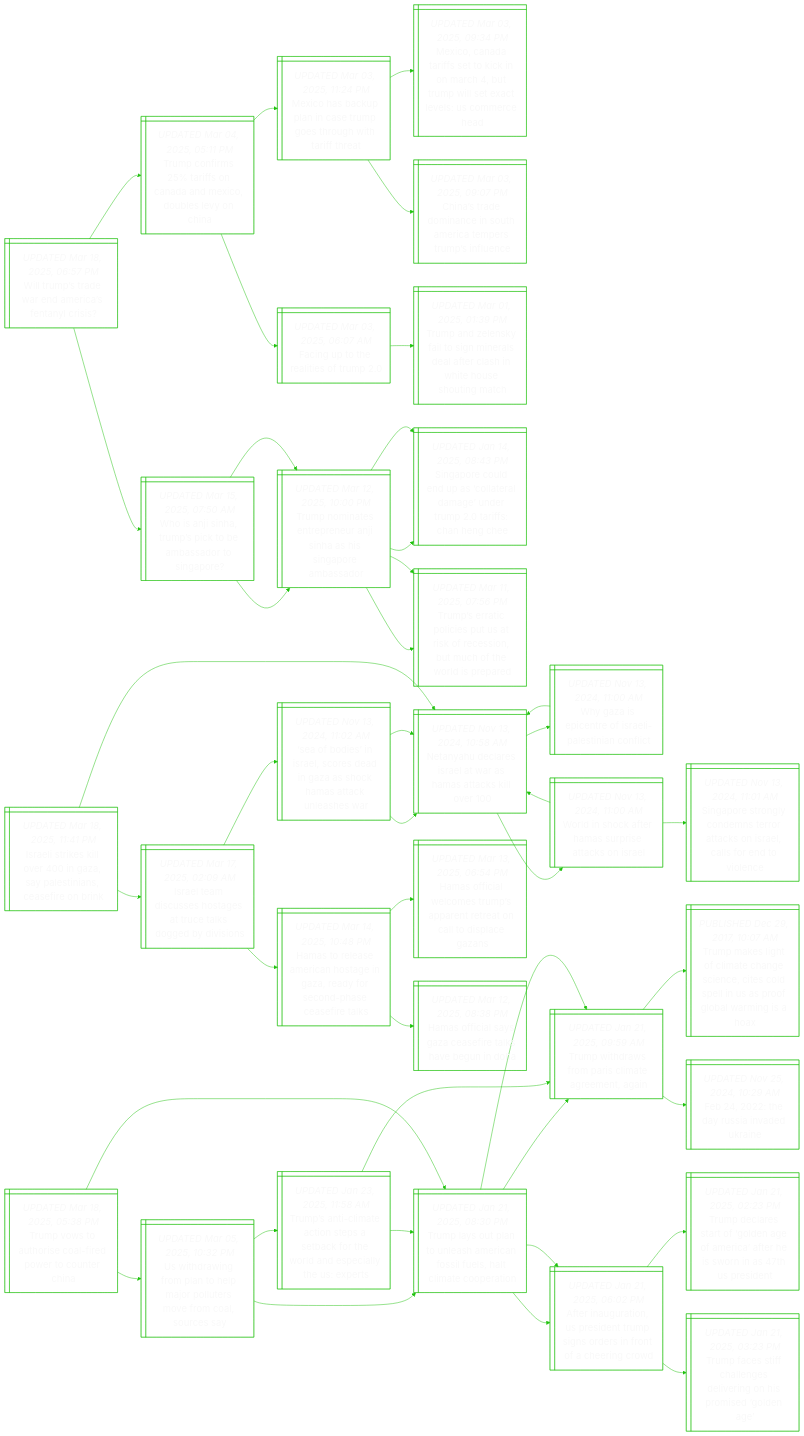
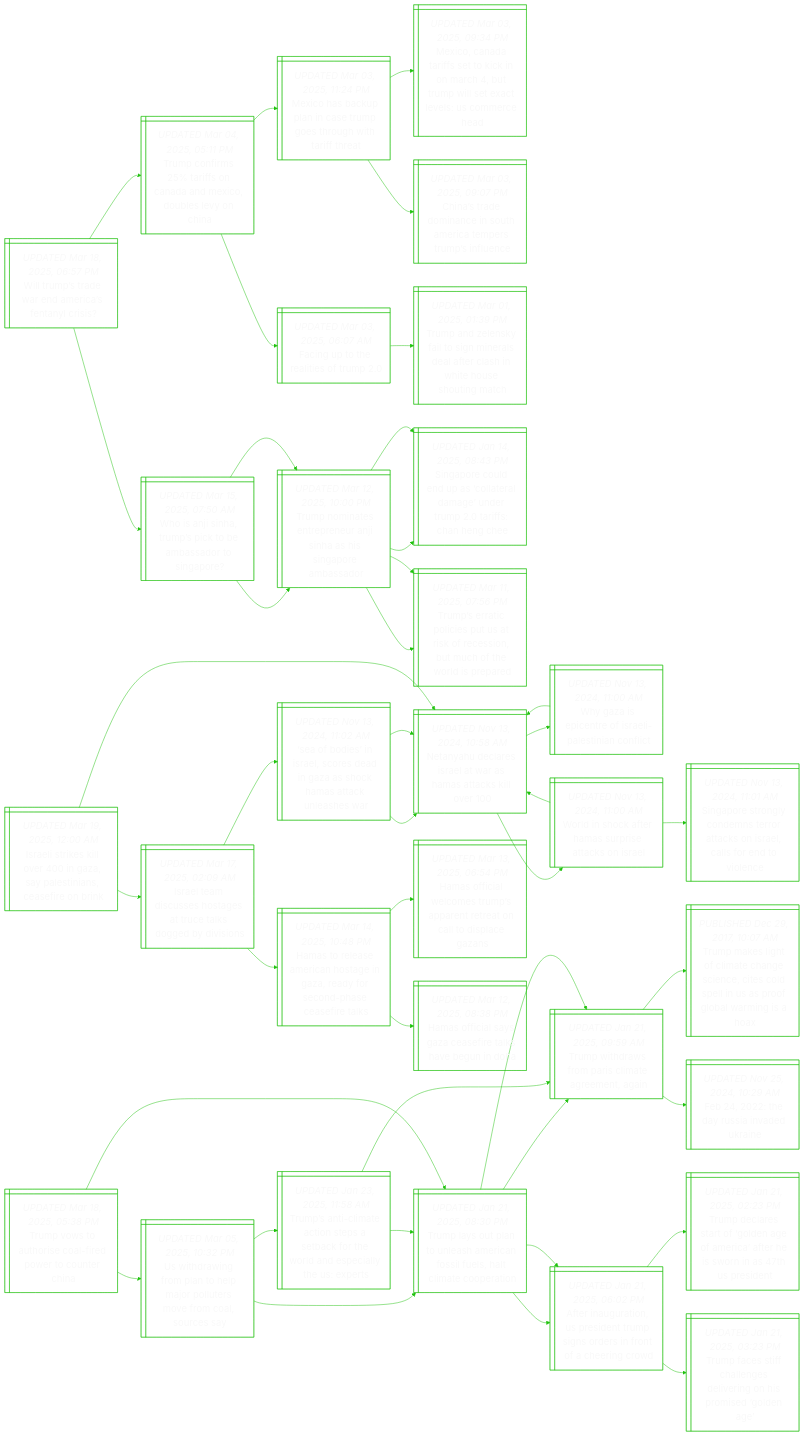
Before and after one commit to notJmes/notJmes: the diagram in README.md, drawn with Mermaid. The commit also changed other lines of this file, not shown here.

```diff
--- a/README.md
+++ b/README.md
@@ -59,7 +59,7 @@
 TnanrrSaSpma:::txtsize --> Sponsalgemihne:::txtsize
 TnanrrSaSpma:::txtsize --> TstlsSseitowip:::txtsize
 
-Iliieaysaarr@{ shape: win-pane, label: "_UPDATED Mar 18, 2025, 11:41 PM_
+Iliieaysaarr@{ shape: win-pane, label: "_UPDATED Mar 19, 2025, 12:00 AM_
 Israeli strikes kill over 400 in gaza, say palestinians, ceasefire on brink" }
 Ildsoeraobis@{ shape: win-pane, label: "_UPDATED Mar 17, 2025, 02:09 AM_
 Israel team discusses hostages at truce talks dogged by divisions" }
```
